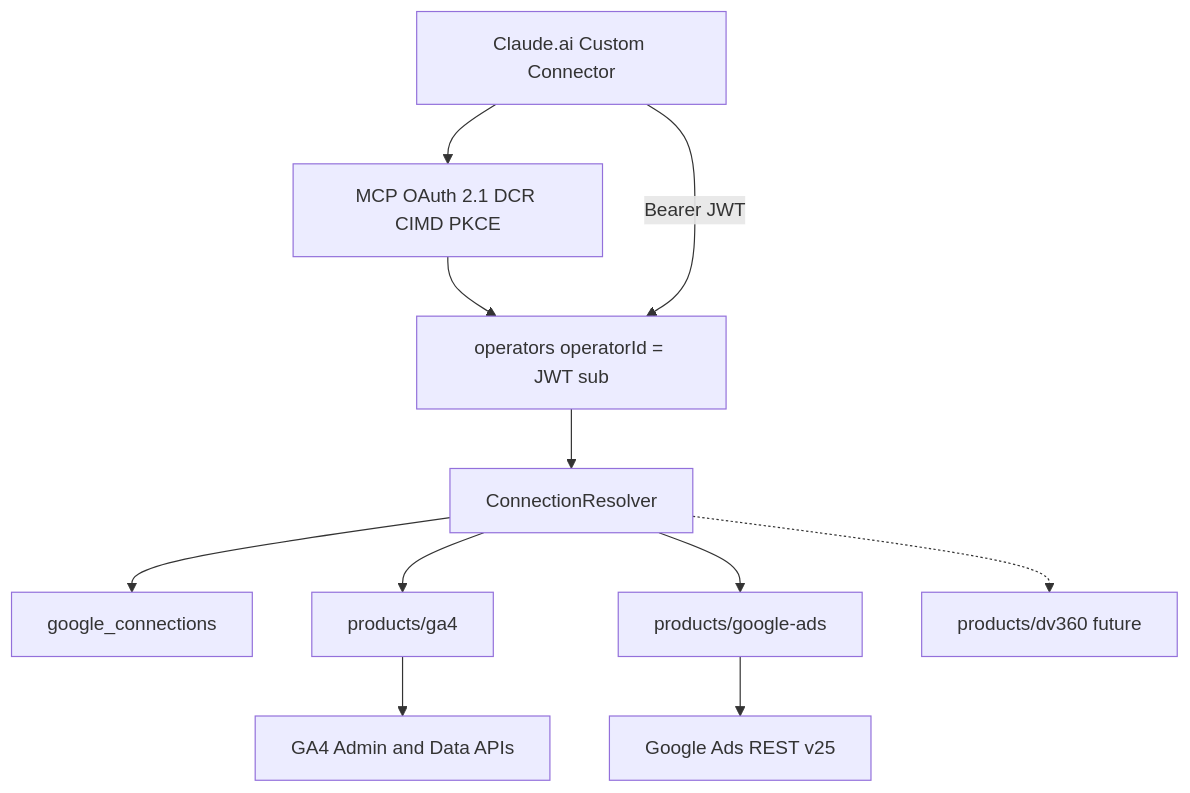
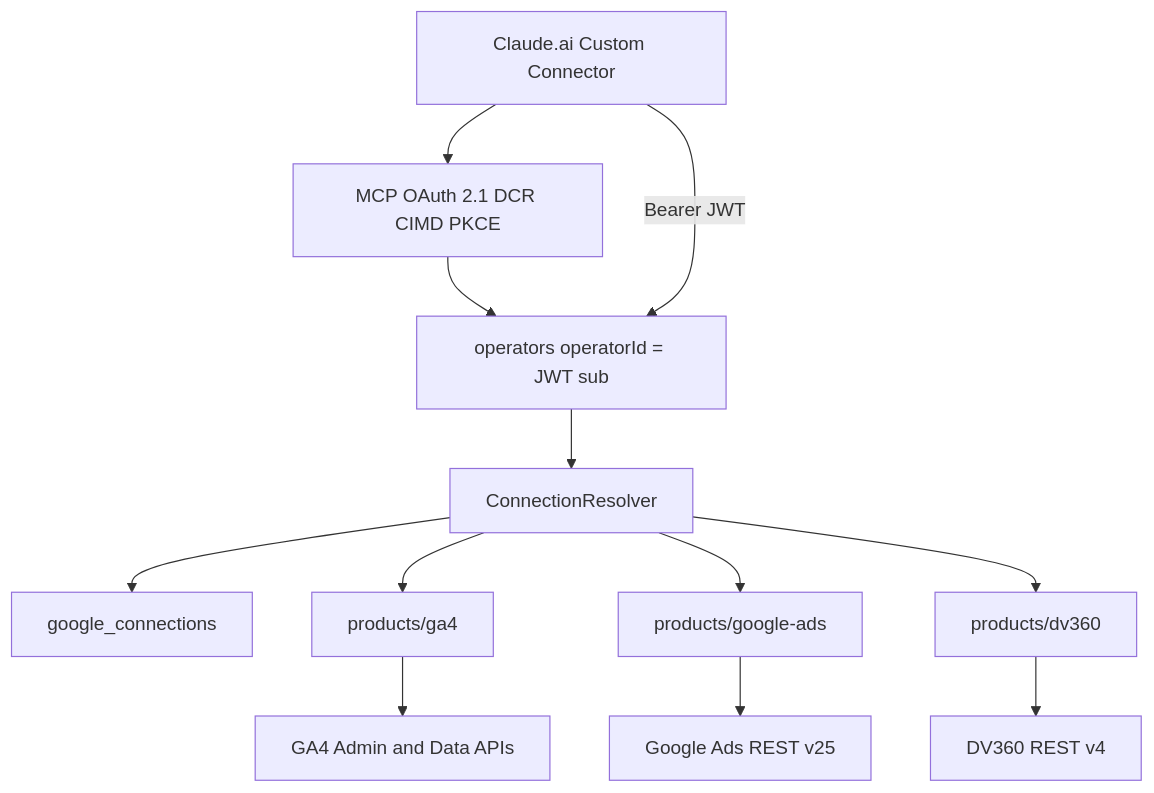
Before and after one commit to devopsbrandmirchi/GMcpAllv1: the diagram in docs/architecture.md, drawn with Mermaid. The commit also changed other lines of this file and 31 other files, not shown here.

````diff
--- a/docs/architecture.md
+++ b/docs/architecture.md
@@ -5,24 +5,26 @@
 ```mermaid
 flowchart TB
   Claude["Claude.ai Custom Connector"]
   McpAuth["MCP OAuth 2.1 DCR CIMD PKCE"]
   Operator["operators operatorId = JWT sub"]
   Resolver["ConnectionResolver"]
   Conn["google_connections"]
   Ga4["products/ga4"]
   Ads["products/google-ads"]
-  Dv360["products/dv360 future"]
+  Dv360["products/dv360"]
   Ga4Api["GA4 Admin and Data APIs"]
   AdsApi["Google Ads REST v25"]
+  DvApi["DV360 REST v4"]
 
   Claude --> McpAuth
   McpAuth --> Operator
   Claude -->|"Bearer JWT"| Operator
   Operator --> Resolver
   Resolver --> Conn
   Resolver --> Ga4
   Resolver --> Ads
-  Resolver -.-> Dv360
+  Resolver --> Dv360
   Ga4 --> Ga4Api
   Ads --> AdsApi
+  Dv360 --> DvApi
 ```
````
